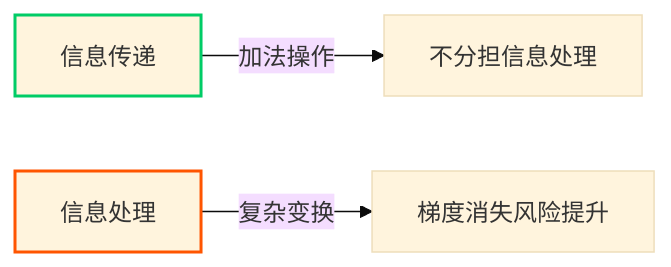
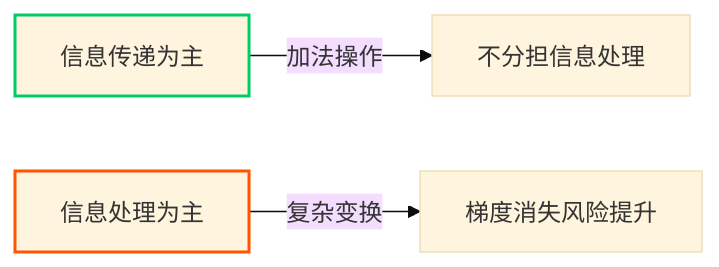
Before and after one commit to 57ws/Graph-Theory-Representation-of-Residual-Connection: the fourth of 5 diagrams in README.md, drawn with Mermaid (base theme). The commit also changed other lines of this file, not shown here.

````diff
--- a/README.md
+++ b/README.md
@@ -120,7 +120,7 @@
 ```mermaid
 graph LR
-    A[信息传递] -- 加法操作 --> B[不分担信息处理]
-    C[信息处理] -- 复杂变换 --> D[梯度消失风险提升]
+    A[信息传递为主] -- 加法操作 --> B[不分担信息处理]
+    C[信息处理为主] -- 复杂变换 --> D[梯度消失风险提升]
     style A stroke:#00cc66,stroke-width:2px
     style C stroke:#ff5500,stroke-width:2px
 ```
````
